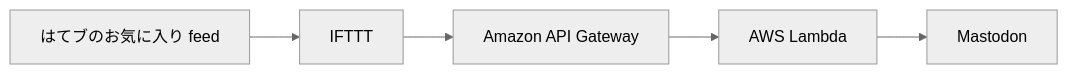
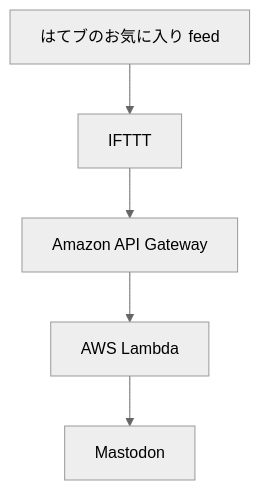
Before and after one commit to masutaka/masutaka-feed: the second of 2 diagrams in README.md, drawn with Mermaid (neutral theme). The commit also changed other lines of this file, not shown here.

Commit message:
Fixed the mermaid flow displayed on the screen are cut off

````diff
--- a/README.md
+++ b/README.md
@@ -18,7 +18,7 @@
 ```mermaid
-graph LR
+graph TD
     A[はてブのお気に入り feed] --> B[IFTTT]
     B --> C[Amazon API Gateway]
     C --> D[AWS Lambda]
     D --> E[Mastodon]
 ```
````
